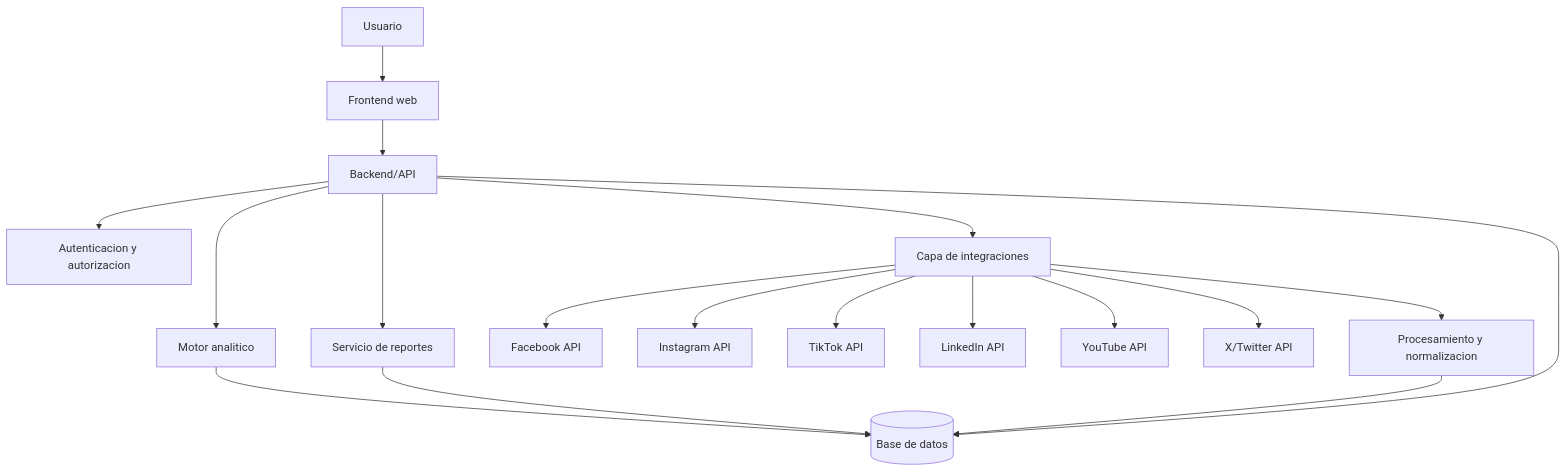
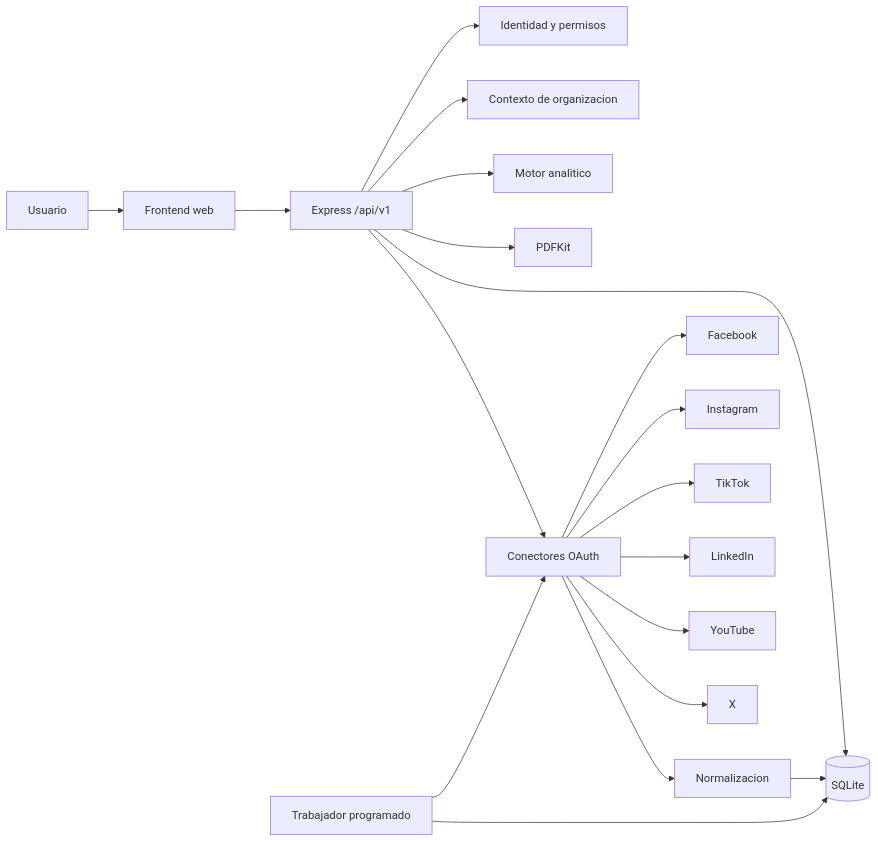
One commit to TheKnight2122/social-audit-pro changed the diagram in docs/07-arquitectura.md. Above: the diagram before and after it, drawn with Mermaid. The commit also changed other lines of this file and 58 other files, not shown here.

````diff
--- a/docs/07-arquitectura.md
+++ b/docs/07-arquitectura.md
@@ -9,20 +9,21 @@
 ```mermaid
-flowchart TD
+flowchart LR
     U[Usuario] --> FE[Frontend web]
-    FE --> API[Backend/API]
-    API --> AUTH[Autenticacion y autorizacion]
+    FE --> API[Express /api/v1]
+    API --> AUTH[Identidad y permisos]
+    API --> ORG[Contexto de organizacion]
     API --> ANA[Motor analitico]
-    API --> REP[Servicio de reportes]
-    API --> INT[Capa de integraciones]
-    INT --> FB[Facebook API]
-    INT --> IG[Instagram API]
-    INT --> TT[TikTok API]
-    INT --> LI[LinkedIn API]
-    INT --> YT[YouTube API]
-    INT --> X[X/Twitter API]
-    INT --> PROC[Procesamiento y normalizacion]
-    PROC --> DB[(Base de datos)]
-    ANA --> DB
-    REP --> DB
-    API --> DB
+    API --> REP[PDFKit]
+    API --> DB[(SQLite)]
+    API --> INT[Conectores OAuth]
+    WORKER[Trabajador programado] --> INT
+    WORKER --> DB
+    INT --> FB[Facebook]
+    INT --> IG[Instagram]
+    INT --> TT[TikTok]
+    INT --> LI[LinkedIn]
+    INT --> YT[YouTube]
+    INT --> X[X]
+    INT --> NORM[Normalizacion]
+    NORM --> DB
 ```
````
